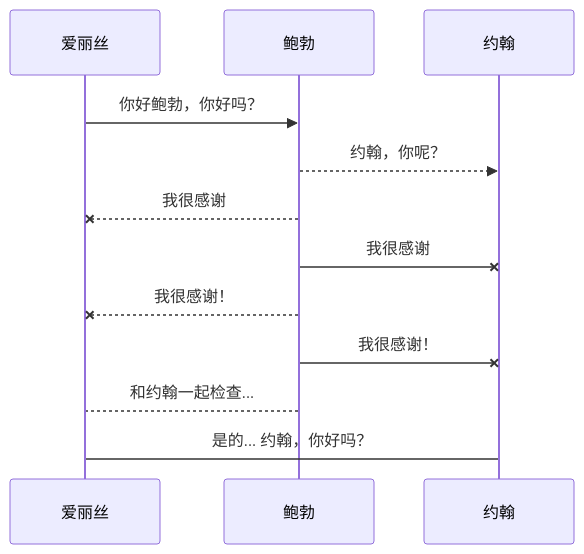
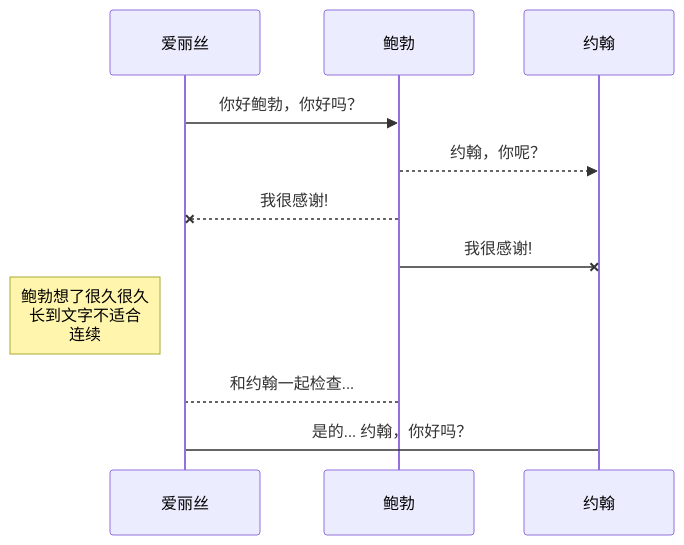
Before and after one commit to RisunJiang/notebook: the first of 4 diagrams in 帮助.md, drawn with Mermaid. The commit also changed other lines of this file, not shown here.

````diff
--- a/帮助.md
+++ b/帮助.md
@@ -127,12 +127,11 @@
 ```mermaid
 sequenceDiagram
 爱丽丝 ->> 鲍勃: 你好鲍勃，你好吗？
 鲍勃-->>约翰: 约翰，你呢？
-鲍勃--x 爱丽丝:我很感谢
-鲍勃-x 约翰: 我很感谢
-鲍勃--x 爱丽丝: 我很感谢！
-鲍勃-x 约翰: 我很感谢！
+鲍勃--x 爱丽丝:我很感谢!
+鲍勃-x 约翰:我很感谢!
+Note left of 爱丽丝: 鲍勃想了很久很久<br/>长到文字不适合<br/>连续
 
 鲍勃-->爱丽丝: 和约翰一起检查...
 爱丽丝->约翰: 是的... 约翰，你好吗？
 ```
````
